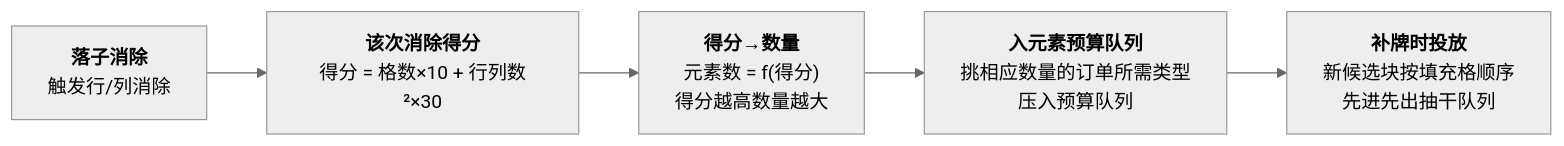
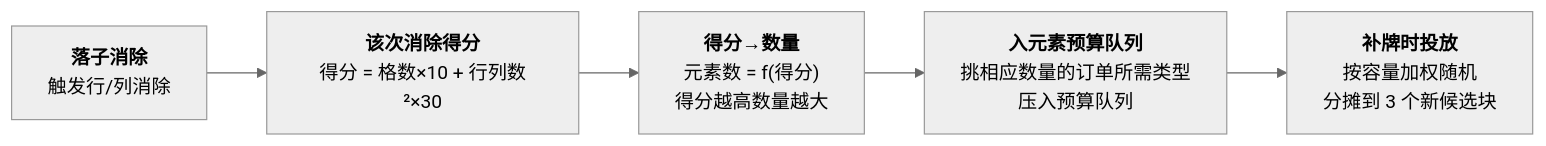
Before and after one commit to zhoupeng921101/TEngine_zp: the first of 3 diagrams in UnityProject/design-docs/10-score-element-rm-collect.md, drawn with Mermaid (neutral theme). The commit also changed other lines of this file and 3 other files, not shown here.

````diff
--- a/UnityProject/design-docs/10-score-element-rm-collect.md
+++ b/UnityProject/design-docs/10-score-element-rm-collect.md
@@ -45,7 +45,7 @@
 ```mermaid
 flowchart LR
     A["<b>落子消除</b><br>触发行/列消除"] --> B["<b>该次消除得分</b><br>得分 = 格数×10 + 行列数²×30"]
     B --> C["<b>得分→数量</b><br>元素数 = f(得分)<br>得分越高数量越大"]
     C --> D["<b>入元素预算队列</b><br>挑相应数量的订单所需类型<br>压入预算队列"]
-    D --> E["<b>补牌时投放</b><br>新候选块按填充格顺序<br>先进先出抽干队列"]
+    D --> E["<b>补牌时投放</b><br>按容量加权随机<br>分摊到 3 个新候选块"]
 ```
````
